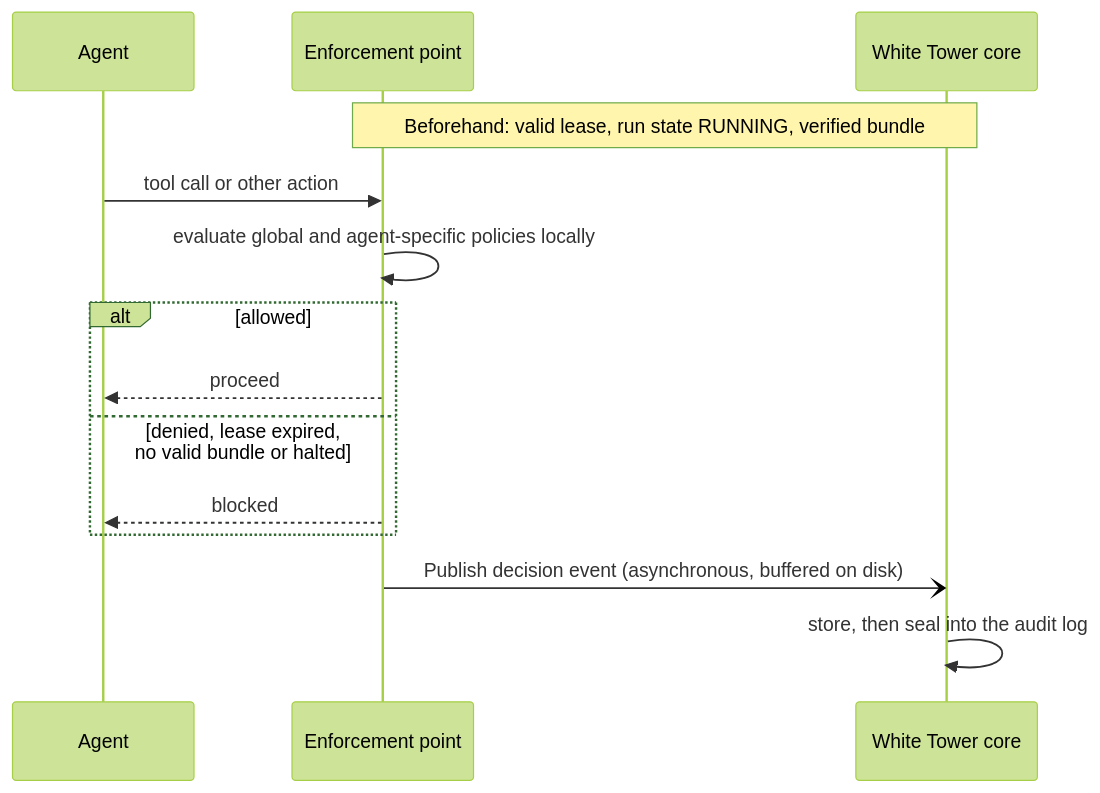
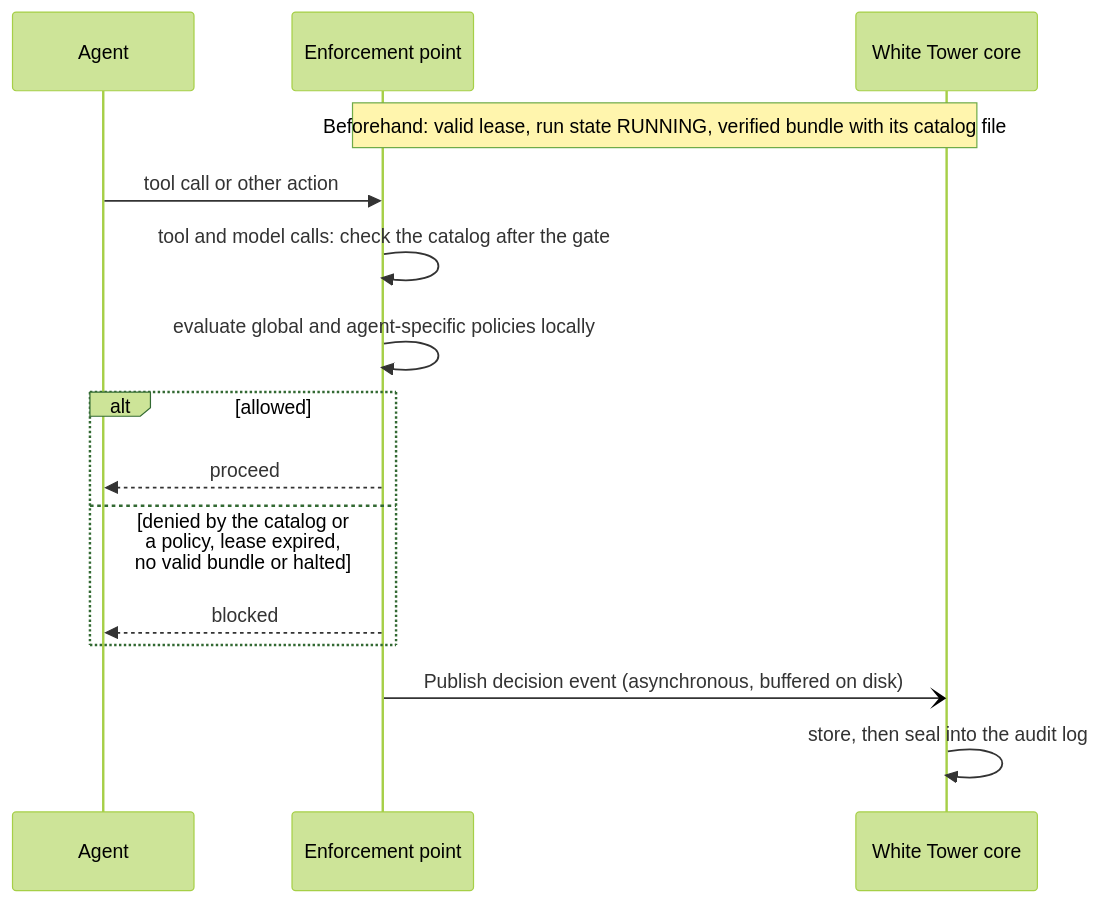
The third of 6 diagrams in docs/architecture/mvp-architecture.md (J466Y/WhiteTower), drawn with Mermaid (forest theme) before and after one commit. The commit also changed other lines of this file and 25 other files, not shown here.

First line of the commit message:
docs(P1-16): integrate RFC-0002 into MVP architecture, requirements and roadmap (#45)

````diff
--- a/docs/architecture/mvp-architecture.md
+++ b/docs/architecture/mvp-architecture.md
@@ -214,16 +235,17 @@
 ```mermaid
 sequenceDiagram
     participant A as Agent
     participant EP as Enforcement point
     participant C as White Tower core
-    Note over EP,C: Beforehand: valid lease, run state RUNNING, verified bundle
+    Note over EP,C: Beforehand: valid lease, run state RUNNING, verified bundle with its catalog file
     A->>EP: tool call or other action
+    EP->>EP: tool and model calls: check the catalog after the gate
     EP->>EP: evaluate global and agent-specific policies locally
     alt allowed
         EP-->>A: proceed
-    else denied, lease expired, no valid bundle or halted
+    else denied by the catalog or a policy, lease expired, no valid bundle or halted
         EP-->>A: blocked
     end
     EP-)C: Publish decision event (asynchronous, buffered on disk)
     C->>C: store, then seal into the audit log
 ```
````
